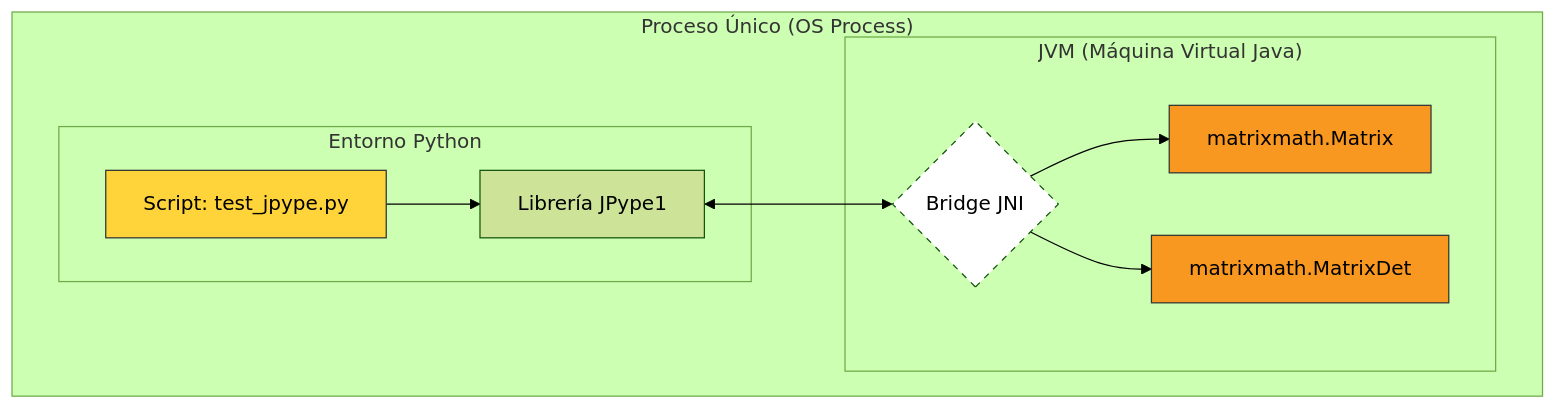
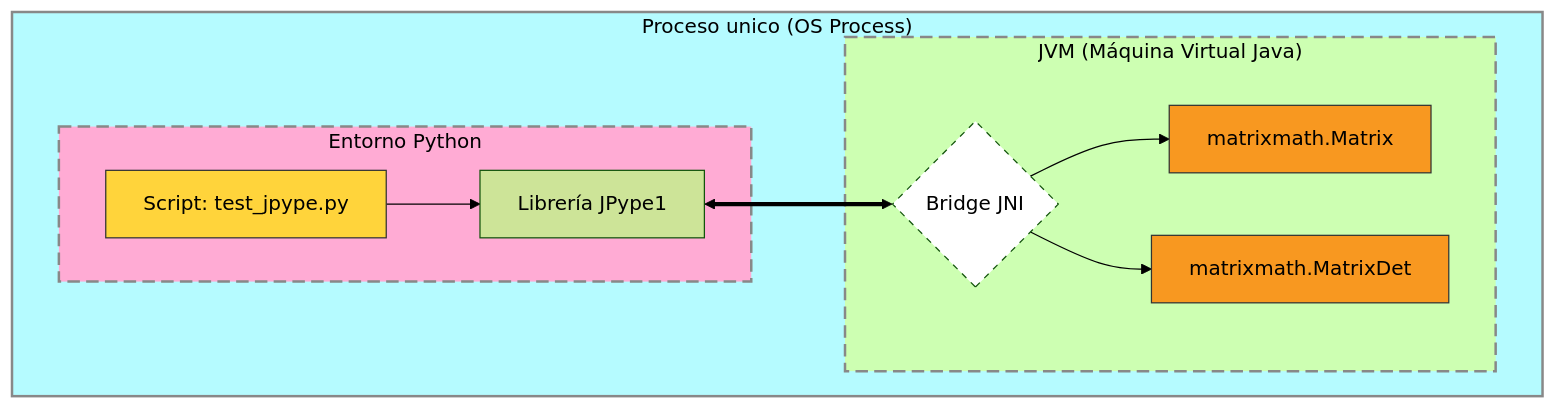
One commit to EricLuceroGonzalez/java-en-python changed the second of 4 diagrams in README.md. Above: the diagram before and after it, drawn with Mermaid (forest theme). The commit also changed other lines of this file and 1 other file, not shown here.

````diff
--- a/README.md
+++ b/README.md
@@ -112,20 +167,27 @@
 ```mermaid
-    graph TD
-    subgraph "Proceso Único (OS Process)"
-        subgraph "Entorno Python"
-            A[Script: test_jpype.py] --> B[Librería JPype1]
-        end
-        
-        B <--> C{Bridge JNI}
-        
-        subgraph "JVM (Máquina Virtual Java)"
-            C --> D[matrixmath.Matrix]
-            C --> E[matrixmath.MatrixDet]
-        end
-    end
-    
+   flowchart TB
+ subgraph SG2["Entorno Python"]
+        B["Librería JPype1"]
+        A["Script: test_jpype.py"]
+  end
+ subgraph SG3["JVM (Máquina Virtual Java)"]
+        D["matrixmath.Matrix"]
+        C{"Bridge JNI"}
+        E["matrixmath.MatrixDet"]
+  end
+ subgraph SG1["Proceso unico (OS Process)"]
+        SG2
+        SG3
+  end
+    A --> B
+    B <==> C
+    C --> D & E
+
     style A fill:#ffd43b,stroke:#333,color:#000
+    style C fill:#fff,stroke-dasharray: 5 5
     style D fill:#f89820,stroke:#333,color:#000
     style E fill:#f89820,stroke:#333,color:#000
-    style C fill:#fff,stroke-dasharray: 5 5
+    style SG1 fill:#b5fbff,stroke:#888,stroke-width:2px,color:#000
+    style SG2 fill:#ffabd4,stroke:#888,stroke-width:2px,stroke-dasharray: 10 5,color:#000
+    style SG3 stroke:#888,stroke-width:2px,stroke-dasharray: 10 5,color:#000
 ```
````
